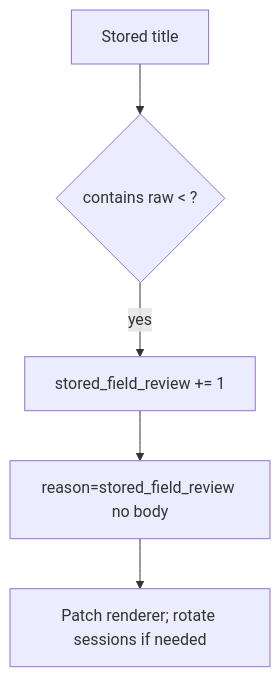
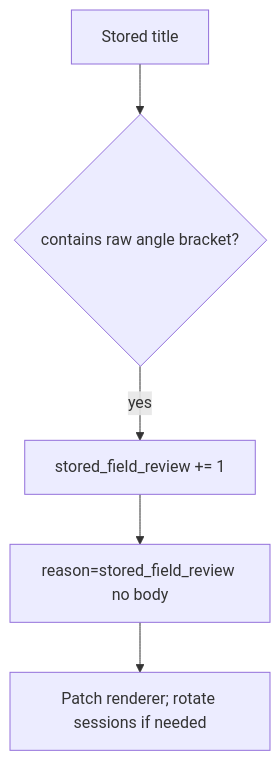
One commit to ishitvagoel/LearnSecurity changed the diagram in content/modules/6/6.2/lessons/06-operate.md. Above: the diagram before and after it, drawn with Mermaid. The commit also changed other lines of this file and 28 other files, not shown here.

````diff
--- a/content/modules/6/6.2/lessons/06-operate.md
+++ b/content/modules/6/6.2/lessons/06-operate.md
@@ -13,7 +13,7 @@
 ```mermaid
 flowchart TD
-  Store[Stored title] --> Review{contains raw < ?}
+  Store[Stored title] --> Review{"contains raw angle bracket?"}
   Review -->|yes| Metric["stored_field_review += 1"]
   Metric --> Alert["reason=stored_field_review no body"]
   Alert --> Patch[Patch renderer; rotate sessions if needed]
 ```
````
